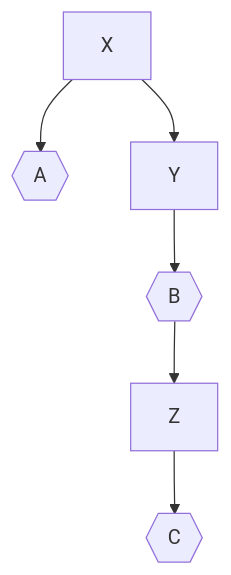
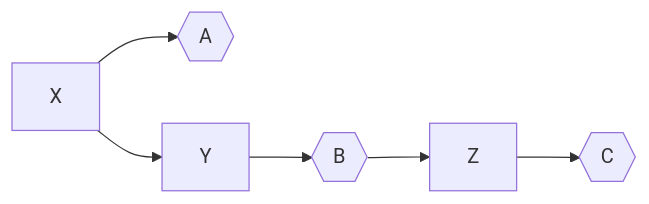
Before and after one commit to input-output-hk/ouroboros-leios: the third of 3 diagrams in Logbook.md, drawn with Mermaid. The commit also changed other lines of this file, not shown here.

Commit message:
Use LR flowcharts

````diff
--- a/Logbook.md
+++ b/Logbook.md
@@ -103,9 +103,9 @@
 ```mermaid
-flowchart TD
+flowchart LR
     X --> A{{A}}
     Y --> B{{B}}
     Z --> C{{C}}
 
     X --> Y
     B --> Z
 ```
````
